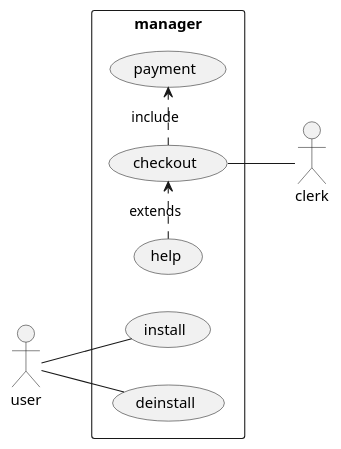
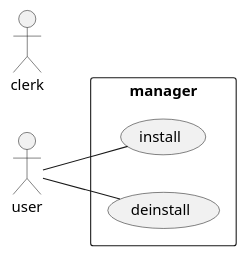
One commit to htl-leonding-project/5ahif-syp-chromecast-manager changed the diagram in Backend/asciidocs/ucd.puml. Above: the diagram before and after it, drawn with PlantUML.

Commit message:
Uml created

```diff
--- a/Backend/asciidocs/ucd.puml
+++ b/Backend/asciidocs/ucd.puml
@@ -2,13 +2,10 @@
 @startuml
 left to right direction
 skinparam packageStyle rectangle
 actor user
 actor clerk
 rectangle manager {
   user -- (install)
   user -- (deinstall)
-  (checkout) .> (payment) : include
-  (help) .> (checkout) : extends
-  (checkout) -- clerk
 }
 @enduml
```
